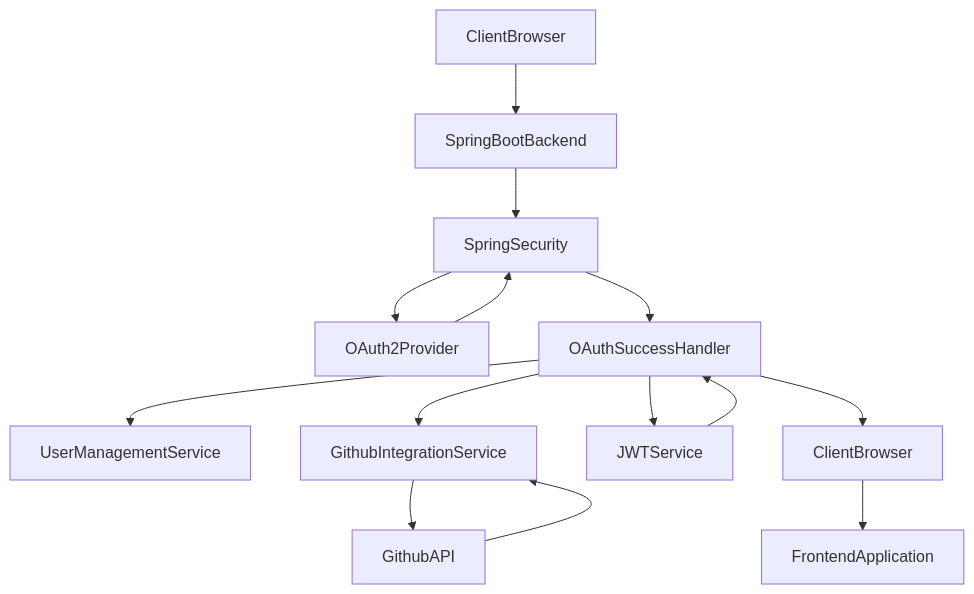
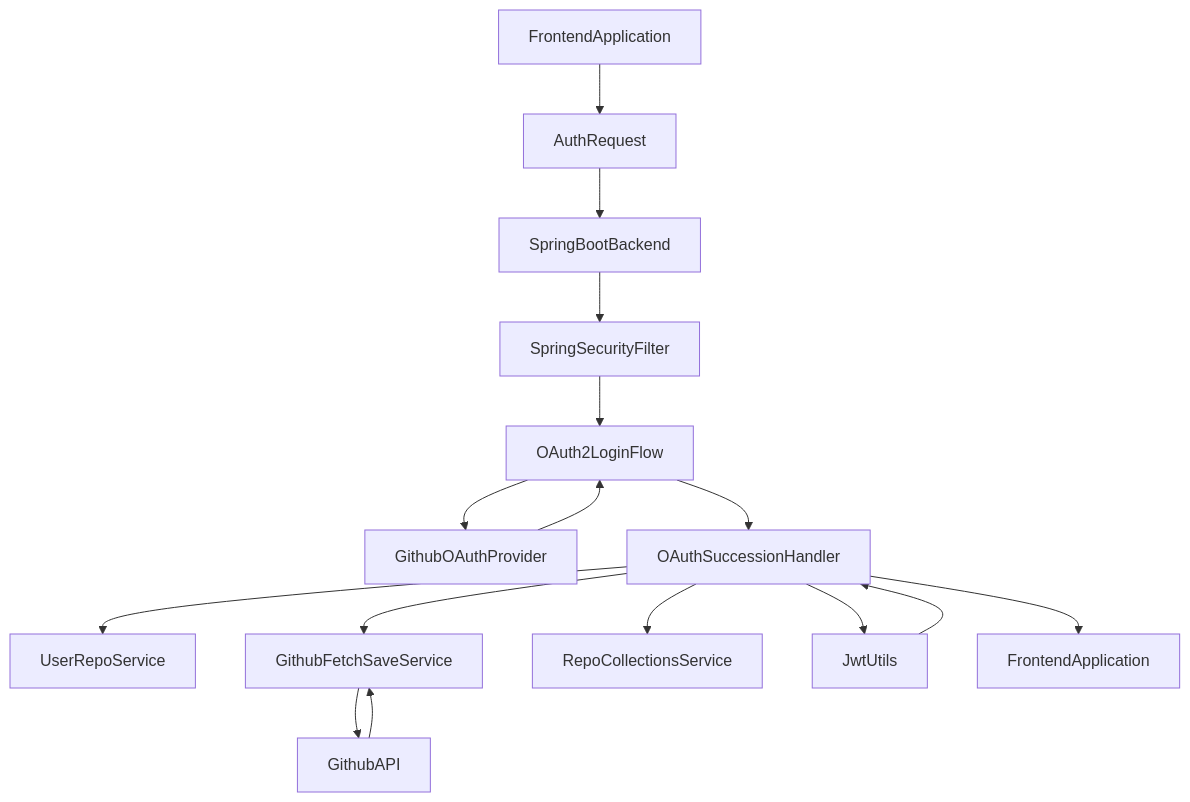
Before and after one commit to test-company-prowiz/Easy-Repo: the diagram in docs/REPOSITORY_OVERVIEW.md, drawn with Mermaid. The commit also changed other lines of this file, not shown here.

````diff
--- a/docs/REPOSITORY_OVERVIEW.md
+++ b/docs/REPOSITORY_OVERVIEW.md
@@ -57,16 +56,18 @@
 ```mermaid
 graph TD
-A[ClientBrowser] --> B[SpringBootBackend]
-B --> C[SpringSecurity]
-C --> D[OAuth2Provider]
-D --> C
-C --> E[OAuthSuccessHandler]
-E --> F[UserManagementService]
-E --> G[GithubIntegrationService]
-G --> H[GithubAPI]
-H --> G
-E --> I[JWTService]
-I --> E
-E --> J[ClientBrowser]
-J --> K[FrontendApplication]
+A[FrontendApplication] --> B[AuthRequest]
+B --> C[SpringBootBackend]
+C --> D[SpringSecurityFilter]
+D --> E[OAuth2LoginFlow]
+E --> F[GithubOAuthProvider]
+F --> E
+E --> G[OAuthSuccessionHandler]
+G --> H[UserRepoService]
+G --> I[GithubFetchSaveService]
+I --> J[GithubAPI]
+J --> I
+G --> K[RepoCollectionsService]
+G --> L[JwtUtils]
+L --> G
+G --> M[FrontendApplication]
 ```
````
